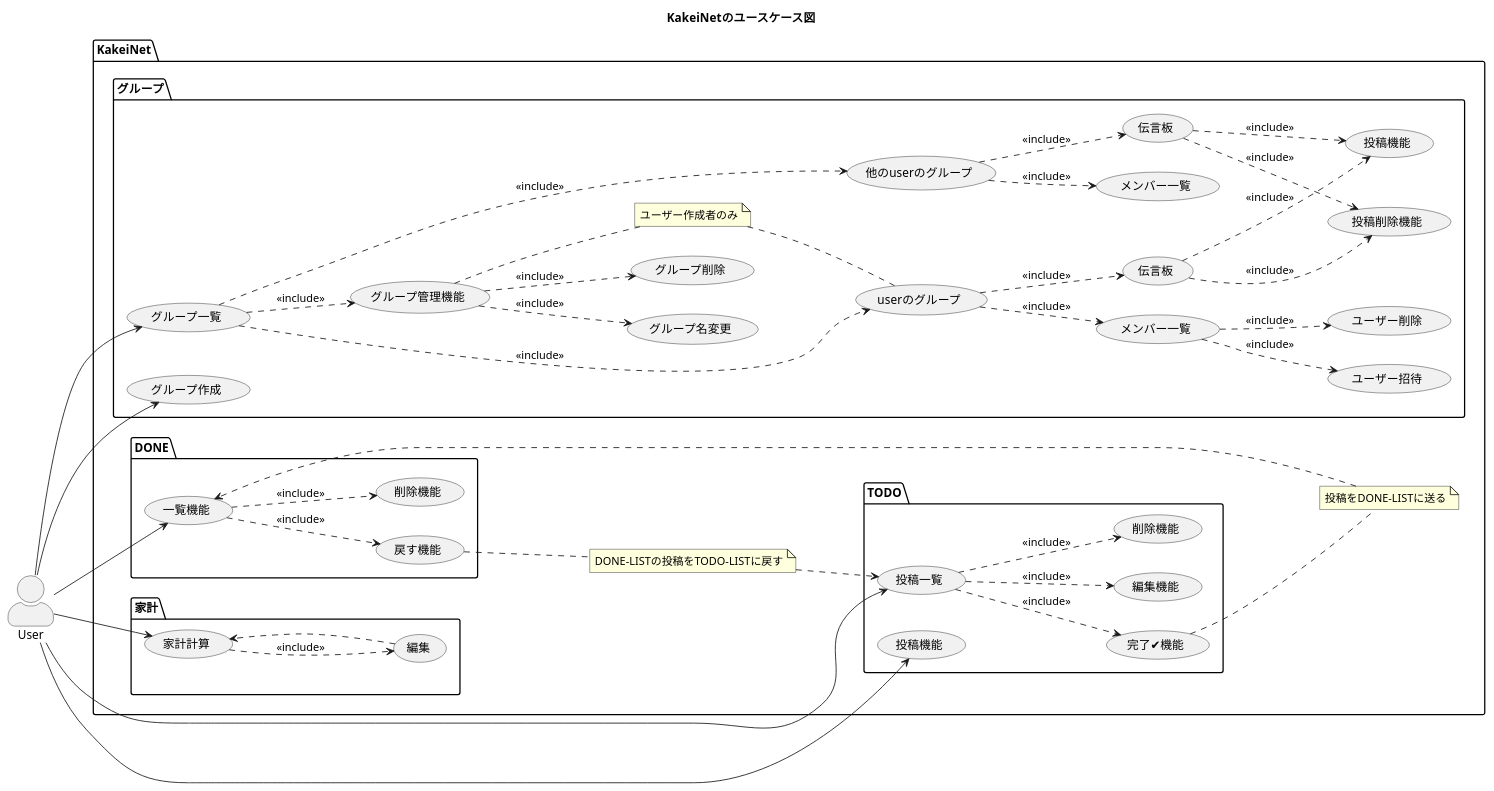
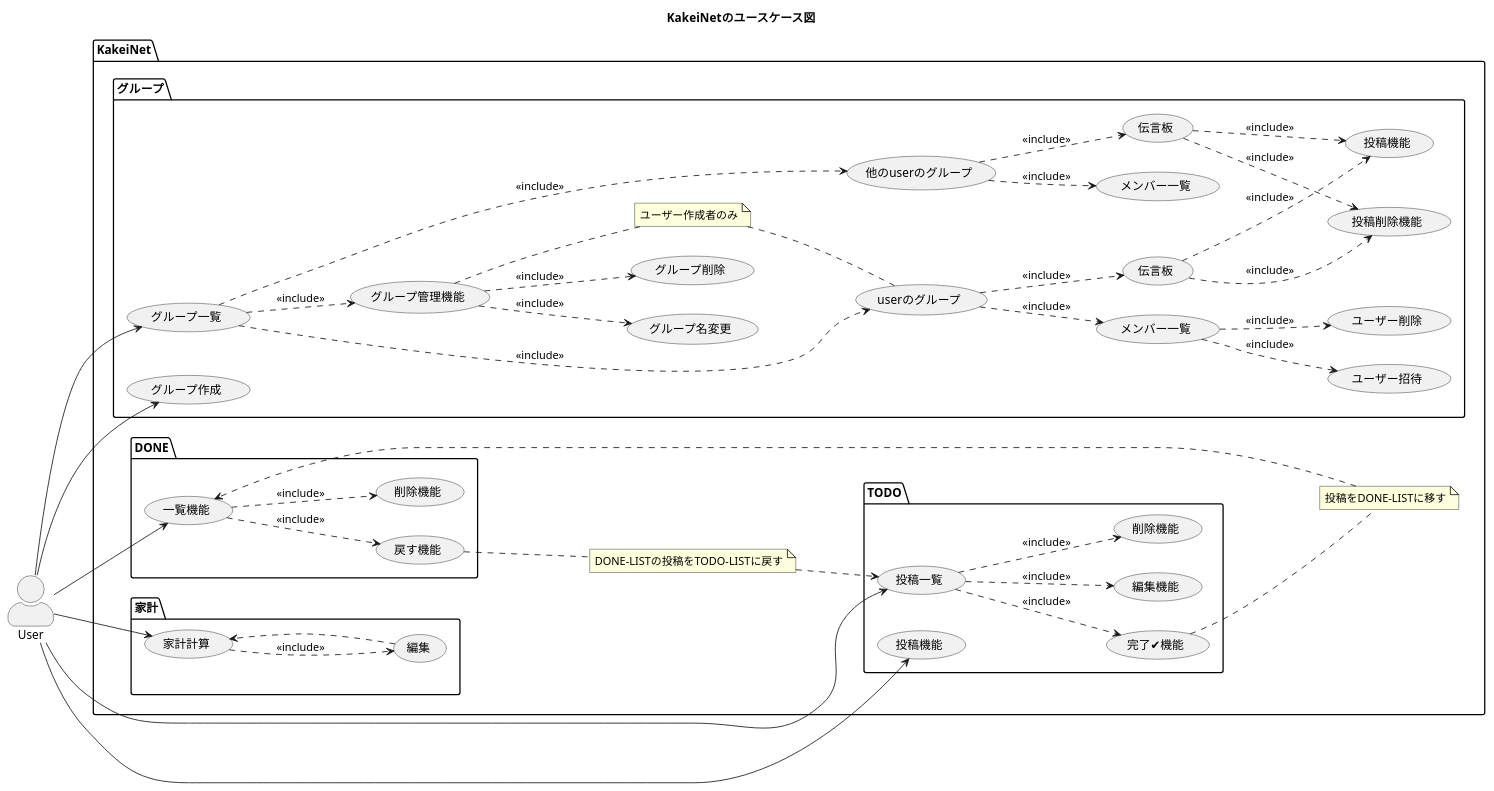
Before and after one commit to chen-196-hub/kakei_app: the diagram in uml/kakei_net.wsd, drawn with PlantUML. The commit also changed 1 other file, not shown here.

```diff
--- a/uml/kakei_net.wsd
+++ b/uml/kakei_net.wsd
@@ -1,107 +1,107 @@
 @startuml
 title KakeiNetのユースケース図
 left to right direction
 skinparam actorStyle awesome
 actor User as u
 
 
 package KakeiNet {
  
 
   package グループ {
     usecase "グループ一覧" as groups
     usecase "グループ作成" as mkgroup
     usecase "メンバー一覧" as members
     usecase "メンバー一覧" as othermembers
     usecase "グループ管理機能" as group_adim
     
     usecase "グループ名変更" as group_name_update
     usecase "グループ削除" as group_destroy
     usecase "ユーザー招待" as user_invite
     usecase "ユーザー削除" as user_destroy
     usecase "伝言板" as message_board
     usecase "伝言板" as other_message_board
 
     usecase "投稿機能" as ms_post
     usecase "投稿削除機能" as ms_destroy
 
     usecase "userのグループ" as owngroupedit
     usecase "他のuserのグループ" as othergroups
     
     note "ユーザー作成者のみ" as N3
   }
   package TODO {
     usecase "投稿機能" as post
     usecase "投稿一覧" as posts
     usecase "完了✔︎機能" as finish
     usecase "編集機能" as edit
     usecase "削除機能" as destroy
 
   
   }
   package DONE {
     usecase "一覧機能" as done
     usecase "戻す機能" as recover
     usecase "削除機能" as donedestroy
   } 
   package 家計 {
     usecase "家計計算" as household
     usecase "編集" as hhedit
   } 
-note "投稿をDONE-LISTに送る" as N
+note "投稿をDONE-LISTに移す" as N
 note "DONE-LISTの投稿をTODO-LISTに戻す" as N2
 
 }
 
 posts  ..> finish:<<include>>
 posts ..> edit :<<include>>
 posts ..> destroy :<<include>>
 
 household ..> hhedit :<<include>>
 hhedit ..> household
 
 done ..> recover :<<include>>
 done ..> donedestroy :<<include>>
 
 groups ..> owngroupedit :<<include>>
 
 groups ..> othergroups :<<include>>
 groups ..> group_adim :<<include>>
 
 
 othergroups ..> othermembers :<<include>>
 othergroups ..> other_message_board :<<include>>
 
 owngroupedit ..> members :<<include>>
 owngroupedit ..> message_board  :<<include>>
 
 
 message_board ..>  ms_post :<<include>>
 message_board ..>  ms_destroy :<<include>>
 other_message_board ..>  ms_post :<<include>>
 other_message_board ..>  ms_destroy :<<include>>
 
 
 members ..> user_invite :<<include>>
 members ..> user_destroy :<<include>>
 group_adim ..> group_name_update :<<include>>
 group_adim ..> group_destroy :<<include>>
 
 
 (finish).. N 
 (N) ..> done
 
 (recover).. N2
 (N2) ..> posts
 
 (group_adim) .. N3
 (N3) .. owngroupedit
 
 u --> groups
 u --> posts
 u --> post
 u --> done
 u --> household
 u --> mkgroup
 
 @enduml
```
